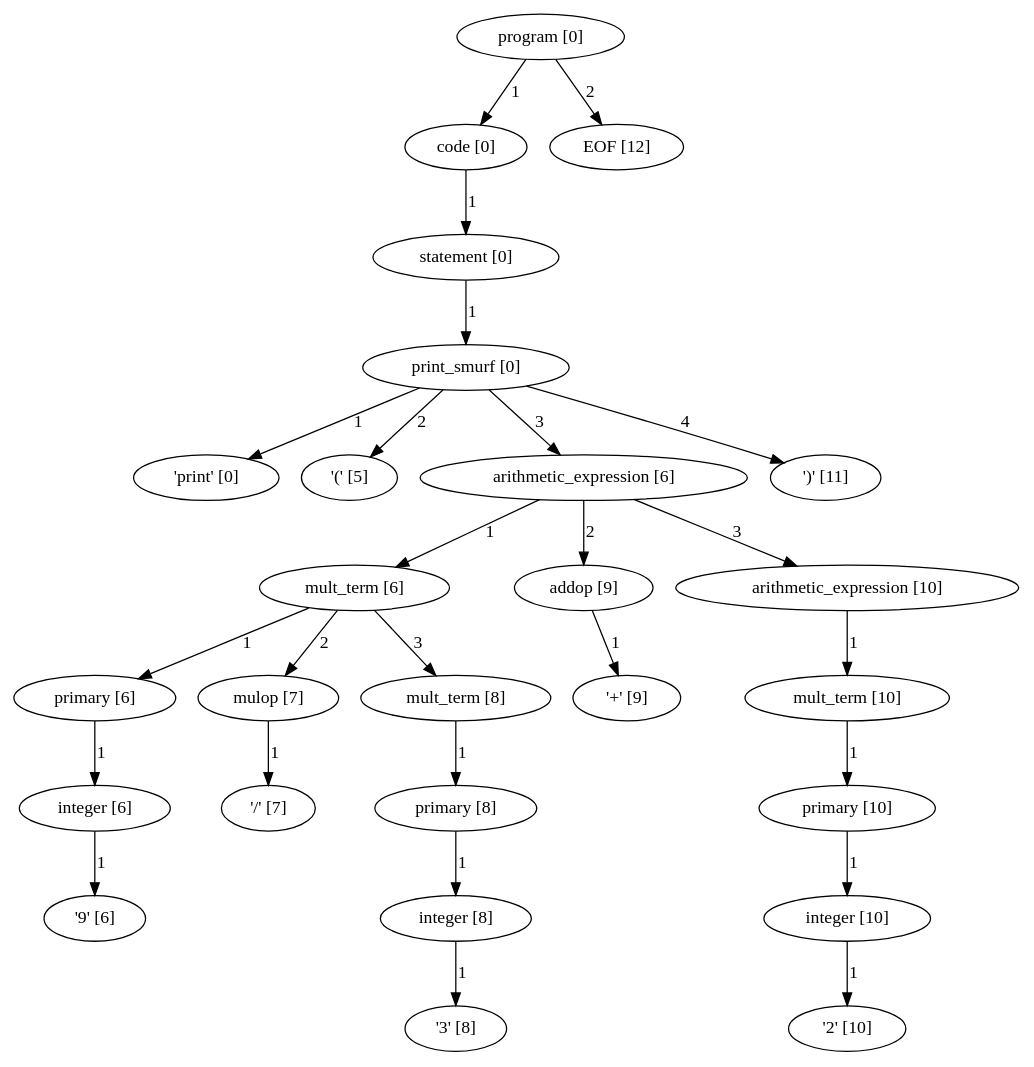
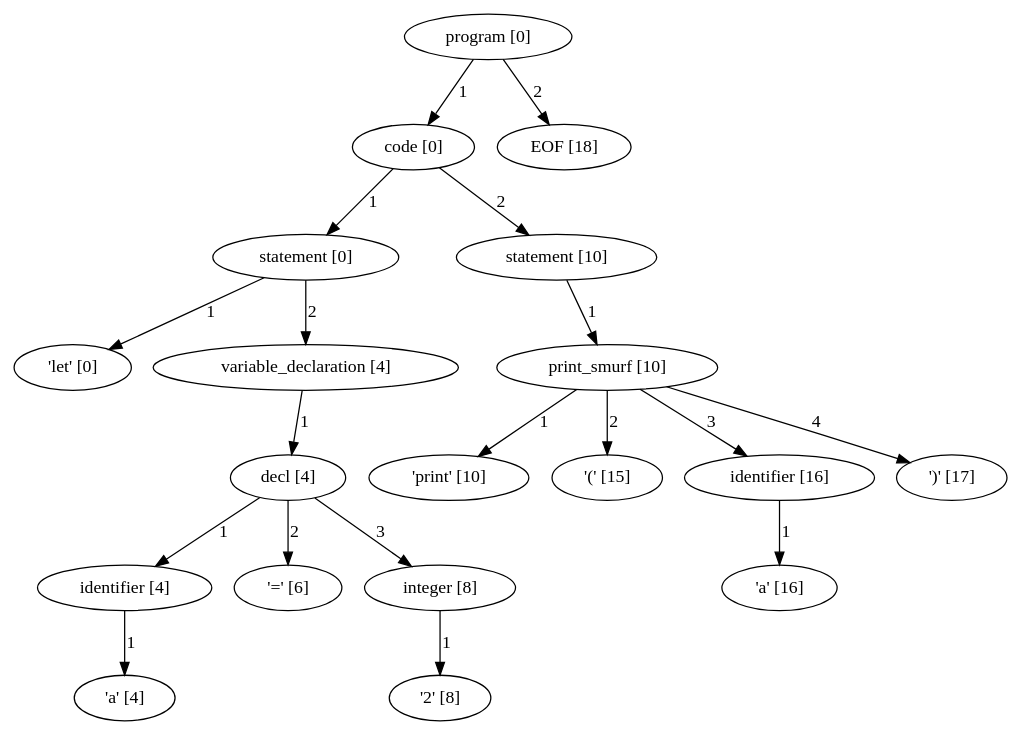
One commit to pragdave/cs3342_smurf changed the diagram in program_parse_tree.dot. Above: the diagram before and after it, drawn with Graphviz. The commit also changed 17 other files, not shown here.

Commit message:
print func works, as does arithmetic, boolean expr, and declaration/binding but only 1

```diff
--- a/program_parse_tree.dot
+++ b/program_parse_tree.dot
@@ -1,78 +1,57 @@
 digraph arpeggio_graph {
-4710813776 [label="program [0]"];
-4710813776->4710817376 [label="1"]
+4713222016 [label="program [0]"];
+4713222016->4710486096 [label="1"]
 
-4710817376 [label="code [0]"];
-4710817376->4712530000 [label="1"]
+4710486096 [label="code [0]"];
+4710486096->4712942336 [label="1"]
 
-4712530000 [label="statement [0]"];
-4712530000->4710814352 [label="1"]
+4712942336 [label="statement [0]"];
+4712942336->4717488848 [label="1"]
 
-4710814352 [label="print_smurf [0]"];
-4710814352->4717002192 [label="1"]
+4717488848 [label=" 'let' [0]"];
+4712942336->4712942768 [label="2"]
 
-4717002192 [label=" 'print' [0]"];
-4710814352->4717001808 [label="2"]
+4712942768 [label="variable_declaration [4]"];
+4712942768->4712942048 [label="1"]
 
-4717001808 [label=" '(' [5]"];
-4710814352->4710817664 [label="3"]
+4712942048 [label="decl [4]"];
+4712942048->4710480784 [label="1"]
 
-4710817664 [label="arithmetic_expression [6]"];
-4710817664->4710959440 [label="1"]
+4710480784 [label="identifier [4]"];
+4710480784->4717489488 [label="1"]
 
-4710959440 [label="mult_term [6]"];
-4710959440->4710959872 [label="1"]
+4717489488 [label=" 'a' [4]"];
+4712942048->4717486928 [label="2"]
 
-4710959872 [label="primary [6]"];
-4710959872->4710960304 [label="1"]
+4717486928 [label=" '=' [6]"];
+4712942048->4712940896 [label="3"]
 
-4710960304 [label="integer [6]"];
-4710960304->4717000528 [label="1"]
+4712940896 [label="integer [8]"];
+4712940896->4717489104 [label="1"]
 
-4717000528 [label=" '9' [6]"];
-4710959440->4710957136 [label="2"]
+4717489104 [label=" '2' [8]"];
+4710486096->4710480064 [label="2"]
 
-4710957136 [label="mulop [7]"];
-4710957136->4713555792 [label="1"]
+4710480064 [label="statement [10]"];
+4710480064->4710478624 [label="1"]
 
-4713555792 [label=" '/' [7]"];
-4710959440->4710958432 [label="3"]
+4710478624 [label="print_smurf [10]"];
+4710478624->4717488720 [label="1"]
 
-4710958432 [label="mult_term [8]"];
-4710958432->4710958144 [label="1"]
+4717488720 [label=" 'print' [10]"];
+4710478624->4717489360 [label="2"]
 
-4710958144 [label="primary [8]"];
-4710958144->4710957568 [label="1"]
+4717489360 [label=" '(' [15]"];
+4710478624->4710479632 [label="3"]
 
-4710957568 [label="integer [8]"];
-4710957568->4713556560 [label="1"]
+4710479632 [label="identifier [16]"];
+4710479632->4717489232 [label="1"]
 
-4713556560 [label=" '3' [8]"];
-4710817664->4710961024 [label="2"]
+4717489232 [label=" 'a' [16]"];
+4710478624->4717488208 [label="4"]
 
-4710961024 [label="addop [9]"];
-4710961024->4712421072 [label="1"]
+4717488208 [label=" ')' [17]"];
+4713222016->4714908624 [label="2"]
 
-4712421072 [label=" '+' [9]"];
-4710817664->4710816944 [label="3"]
-
-4710816944 [label="arithmetic_expression [10]"];
-4710816944->4710814640 [label="1"]
-
-4710814640 [label="mult_term [10]"];
-4710814640->4713184864 [label="1"]
-
-4713184864 [label="primary [10]"];
-4713184864->4713182992 [label="1"]
-
-4713182992 [label="integer [10]"];
-4713182992->4714565712 [label="1"]
-
-4714565712 [label=" '2' [10]"];
-4710814352->4714569040 [label="4"]
-
-4714569040 [label=" ')' [11]"];
-4710813776->4714565968 [label="2"]
-
-4714565968 [label="EOF [12]"];
+4714908624 [label="EOF [18]"];
 }
```
